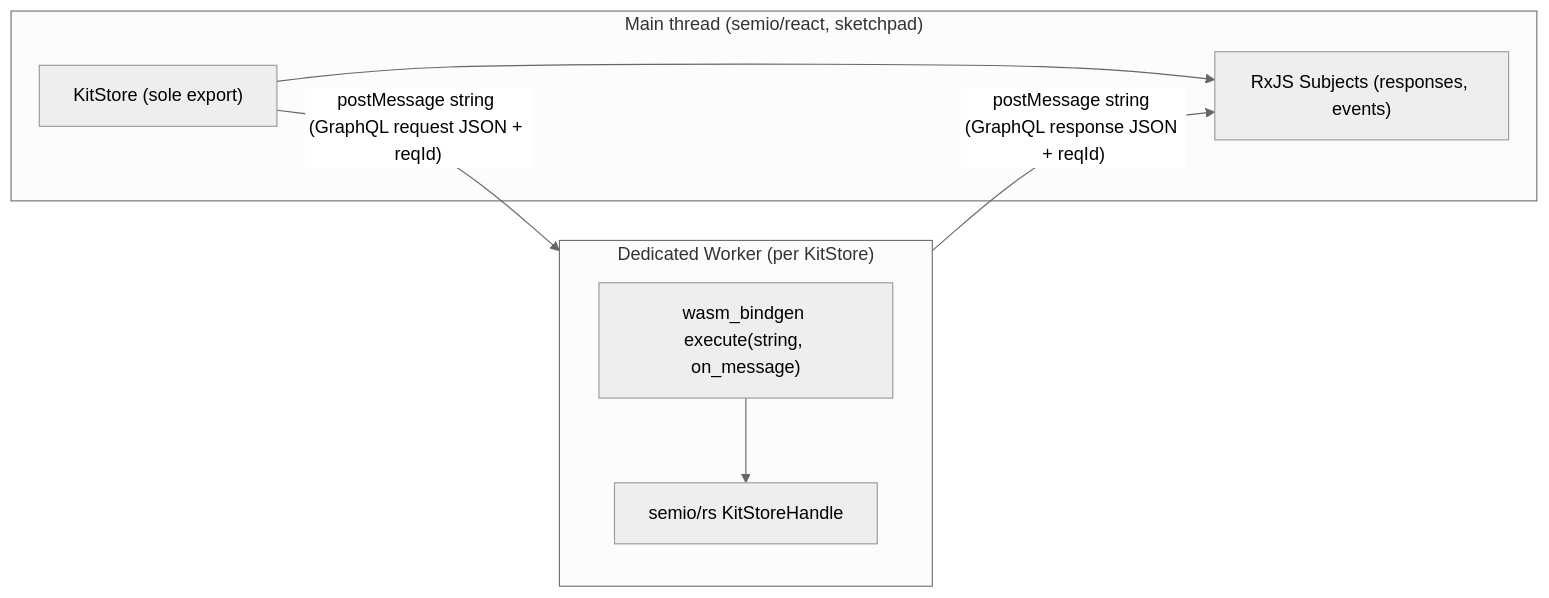
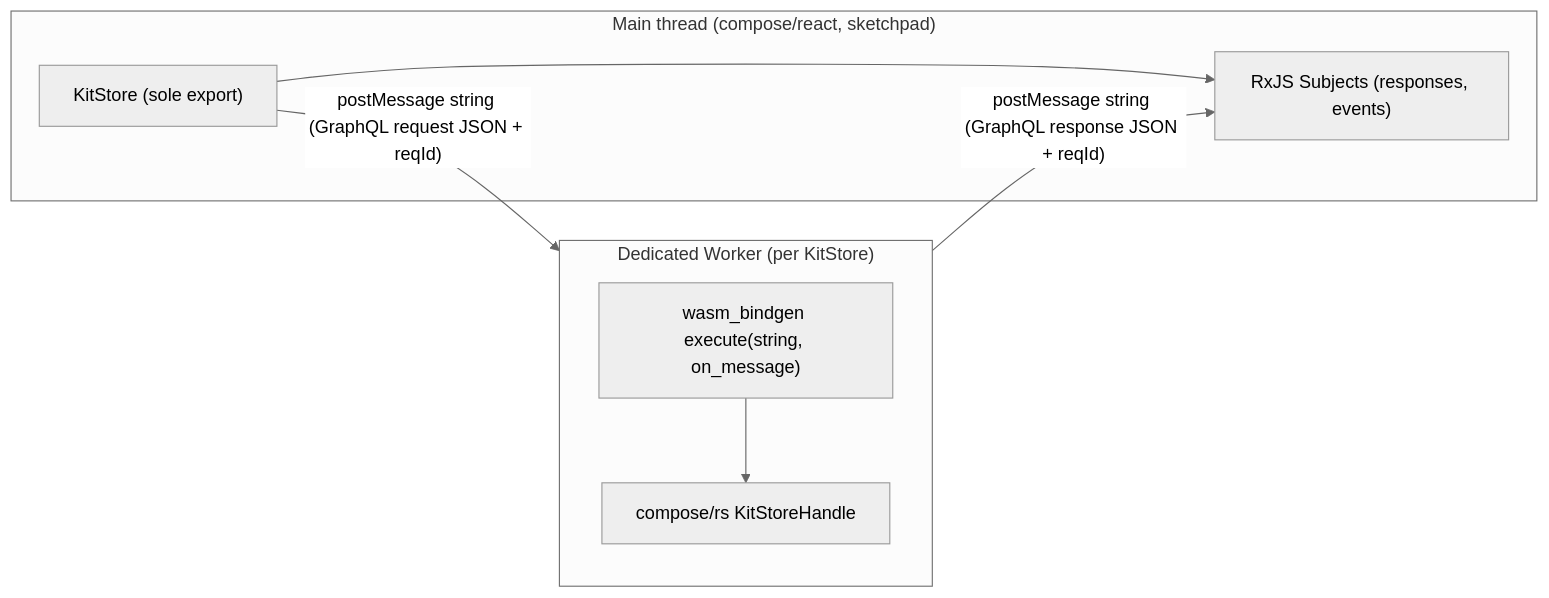
One commit to usalu/semio changed the diagram in .repo/🎫/26/04/26/JS-KIT-STORE-CONTROL-PLANE-AND-ASYNC-EXPORT/single-async-kitstore-export_ad4841bd.plan.md. Above: the diagram before and after it, drawn with Mermaid (neutral theme). The commit also changed other lines of this file and 7735 other files, not shown here.

````diff
--- a/.repo/🎫/26/04/26/JS-KIT-STORE-CONTROL-PLANE-AND-ASYNC-EXPORT/single-async-kitstore-export_ad4841bd.plan.md
+++ b/.repo/🎫/26/04/26/JS-KIT-STORE-CONTROL-PLANE-AND-ASYNC-EXPORT/single-async-kitstore-export_ad4841bd.plan.md
@@ -46,15 +46,15 @@
 ```mermaid
 flowchart LR
-  subgraph Main["Main thread (semio/react, sketchpad)"]
+  subgraph Main["Main thread (compose/react, sketchpad)"]
     KS["KitStore (sole export)"]
     Bus["RxJS Subjects (responses, events)"]
   end
   subgraph WorkerProc["Dedicated Worker (per KitStore)"]
     Bind["wasm_bindgen execute(string, on_message)"]
-    WASM["semio/rs KitStoreHandle"]
+    WASM["compose/rs KitStoreHandle"]
   end
   KS --> Bus
   KS -- "postMessage string (GraphQL request JSON + reqId)" --> WorkerProc
   WorkerProc -- "postMessage string (GraphQL response JSON + reqId)" --> Bus
   Bind --> WASM
 ```
````
